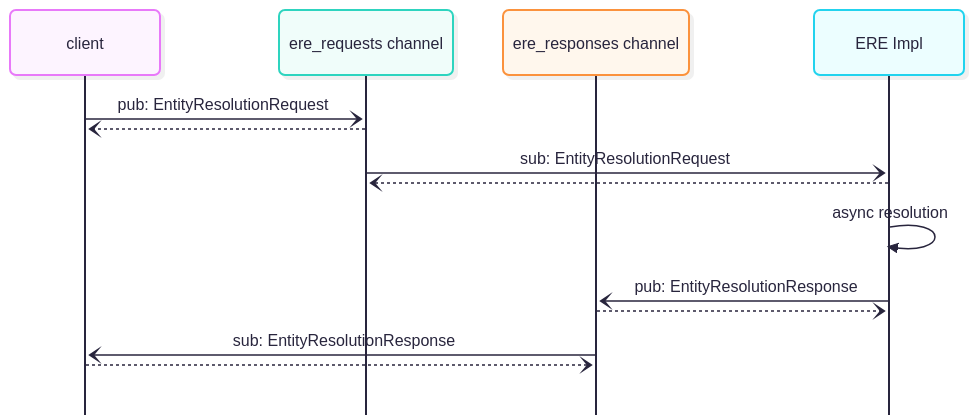
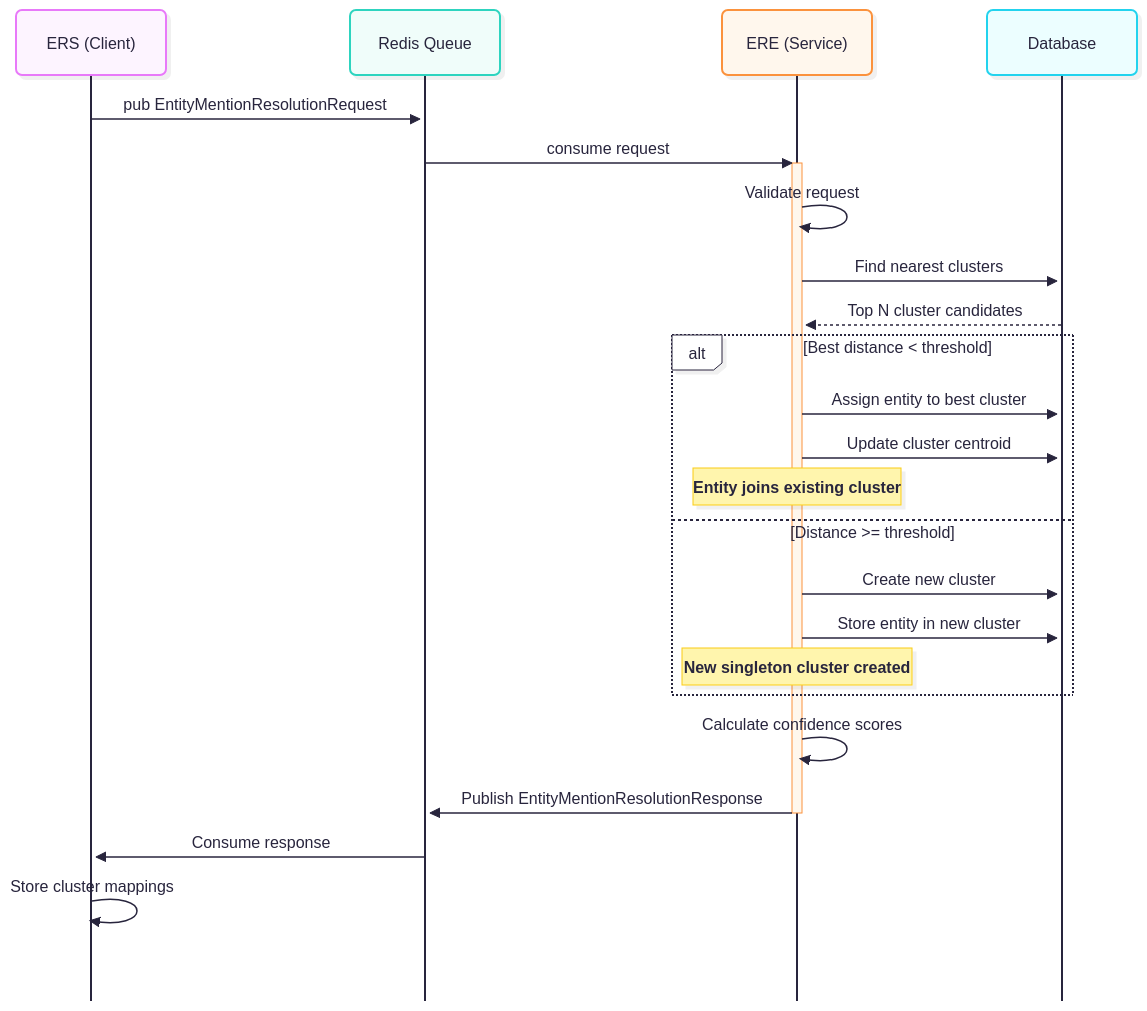
One commit to OP-TED/entity-resolution-spec changed the diagram in docs/ere-interface-seq-diag.md. Above: the diagram before and after it, drawn with Mermaid. The commit also changed other lines of this file and 41 other files, not shown here.

Commit message:
feat: introduce the LinkML schema based on recent discussions

````diff
--- a/docs/ere-interface-seq-diag.md
+++ b/docs/ere-interface-seq-diag.md
@@ -3,25 +8,44 @@
 ```mermaid
 ---
 config:
   look: neo
   theme: redux-color
   mirrorActors: false
   sequence:
     bottomMarginAdj: 0.1
 ---
 sequenceDiagram
-  participant client
-  participant ere_requests as ere_requests channel
-  participant ere_responses as ere_responses channel
-  participant ERE_Impl as ERE Impl
+    participant ERS as ERS (Client)
+    participant Queue as Redis Queue
+    participant ERE as ERE (Service)
+    participant DB as Database
 
-  client -) ere_requests: pub: EntityResolutionRequest
-  ere_requests --) client:
-  ere_requests -) ERE_Impl: sub: EntityResolutionRequest
-  ERE_Impl --) ere_requests:
-  ERE_Impl ->> ERE_Impl: async resolution
-  ERE_Impl -) ere_responses: pub: EntityResolutionResponse
-  ere_responses --) ERE_Impl:
-  ere_responses -) client: sub: EntityResolutionResponse
-  client --) ere_responses:
+    ERS->>Queue: pub EntityMentionResolutionRequest
+
+    Queue->>ERE: consume request
+    activate ERE
+
+    ERE->>ERE: Validate request
+
+    ERE->>DB: Find nearest clusters
+    DB-->>ERE: Top N cluster candidates
+
+    alt Best distance < threshold
+        ERE->>DB: Assign entity to best cluster
+        ERE->>DB: Update cluster centroid
+        Note over ERE: Entity joins existing cluster
+    else Distance >= threshold
+        ERE->>DB: Create new cluster
+        ERE->>DB: Store entity in new cluster
+        Note over ERE: New singleton cluster created
+    end
+
+    ERE->>ERE: Calculate confidence scores
+
+    ERE->>Queue: Publish EntityMentionResolutionResponse
+
+    deactivate ERE
+
+    Queue->>ERS: Consume response
+    ERS->>ERS: Store cluster mappings
 ```
````
